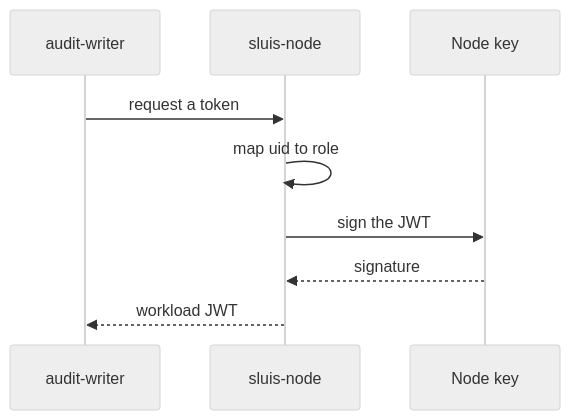
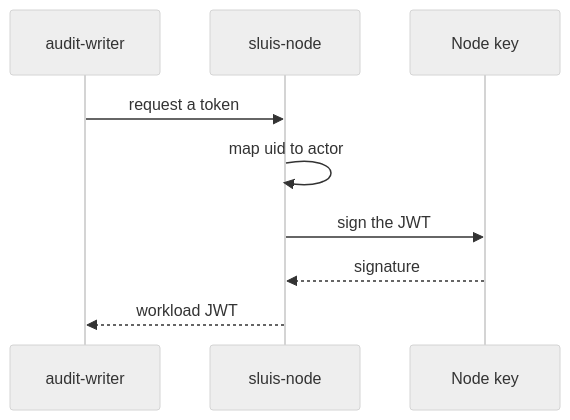
Before and after one commit to truvity/sluis: the first of 2 diagrams in docs/concepts/identity.md, drawn with Mermaid (neutral theme). The commit also changed other lines of this file and 63 other files, not shown here.

````diff
--- a/docs/concepts/identity.md
+++ b/docs/concepts/identity.md
@@ -55,11 +55,11 @@
 ```mermaid
 sequenceDiagram
   participant D as audit-writer
   participant N as sluis-node
   participant K as Node key
   D->>N: request a token
-  N->>N: map uid to role
+  N->>N: map uid to actor
   N->>K: sign the JWT
   K-->>N: signature
   N-->>D: workload JWT
 ```
````
